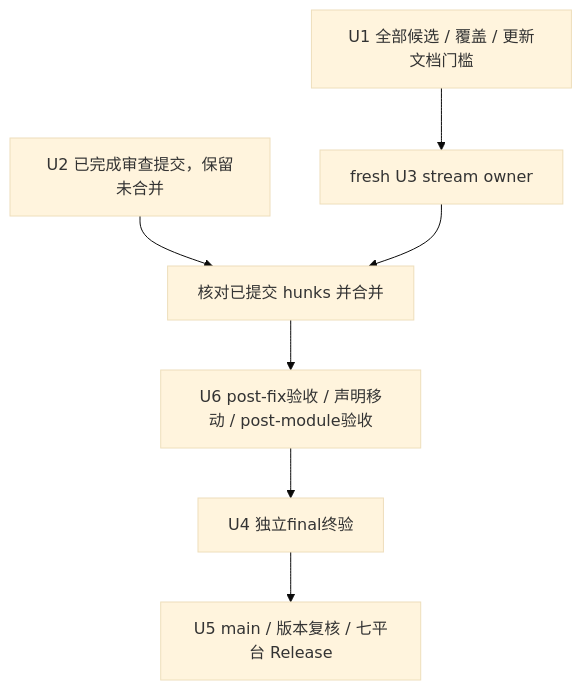
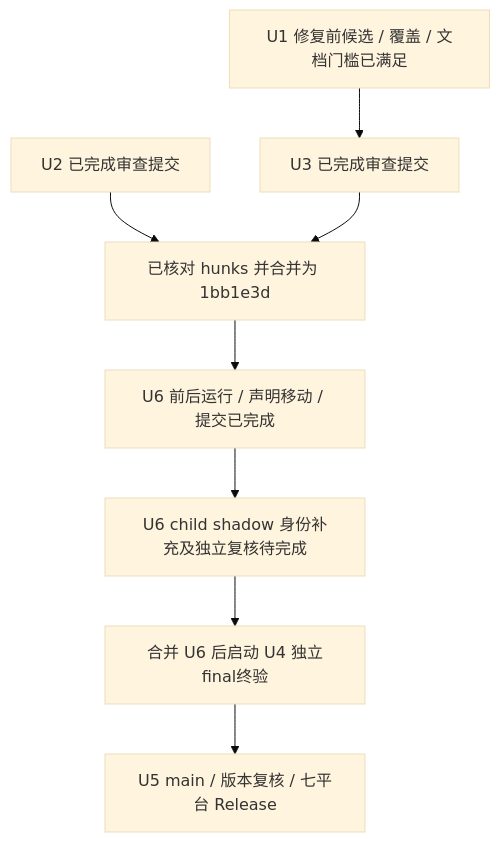
One commit to DoingDog/cpa-plugin-model-mapper changed the fifth of 5 diagrams in docs/superpowers/plans/2026-10-11-functional-audit-fixes-implementation.md. Above: the diagram before and after it, drawn with Mermaid (base theme). The commit also changed other lines of this file and 1 other file, not shown here.

First line of the commit message:
docs: Record U6 child-shadow evidence completion gate (U1)

````diff
--- a/docs/superpowers/plans/2026-10-11-functional-audit-fixes-implementation.md
+++ b/docs/superpowers/plans/2026-10-11-functional-audit-fixes-implementation.md
@@ -154,9 +154,10 @@
 ```mermaid
 flowchart TB
-  A[U1 全部候选 / 覆盖 / 更新文档门槛] --> C[fresh U3 stream owner]
-  B[U2 已完成审查提交，保留未合并] --> D[核对已提交 hunks 并合并]
+  A[U1 修复前候选 / 覆盖 / 文档门槛已满足] --> C[U3 已完成审查提交]
+  B[U2 已完成审查提交] --> D[已核对 hunks 并合并为 1bb1e3d]
   C --> D
-  D --> M[U6 post-fix验收 / 声明移动 / post-module验收]
-  M --> E[U4 独立final终验]
+  D --> M[U6 前后运行 / 声明移动 / 提交已完成]
+  M --> S[U6 child shadow 身份补充及独立复核待完成]
+  S --> E[合并 U6 后启动 U4 独立final终验]
   E --> F[U5 main / 版本复核 / 七平台 Release]
 ```
````
